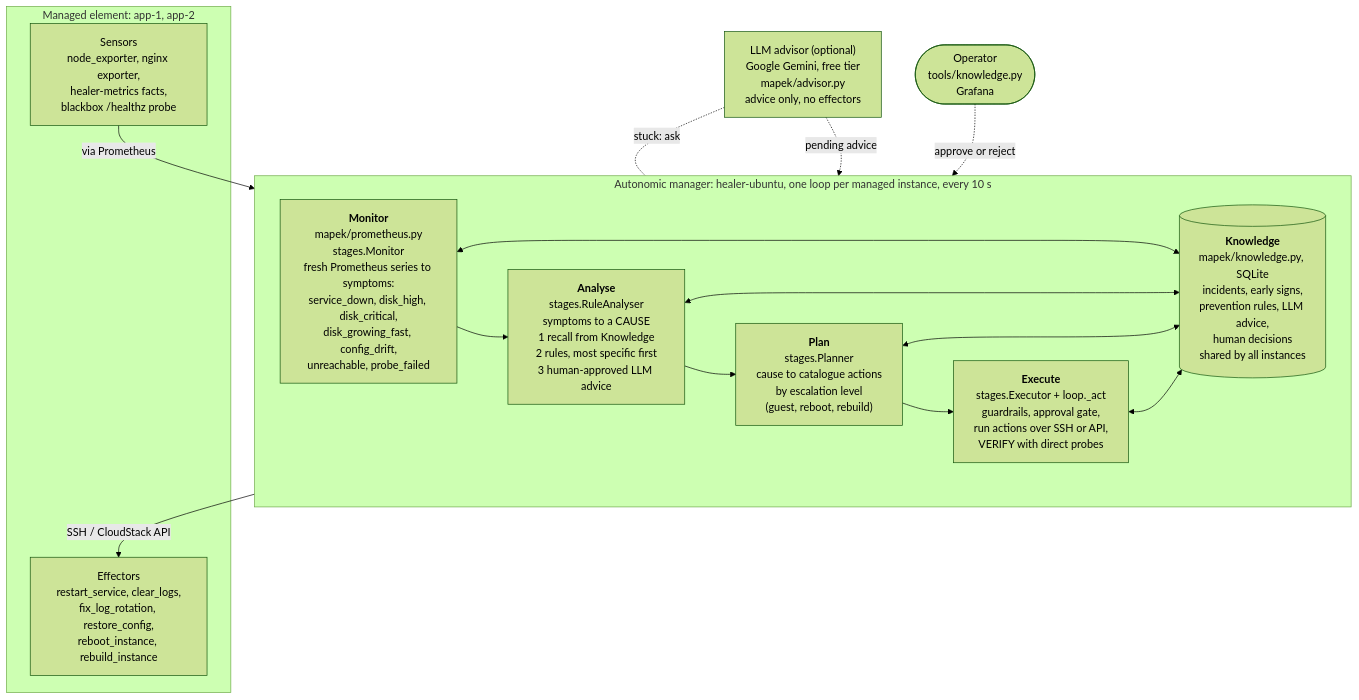
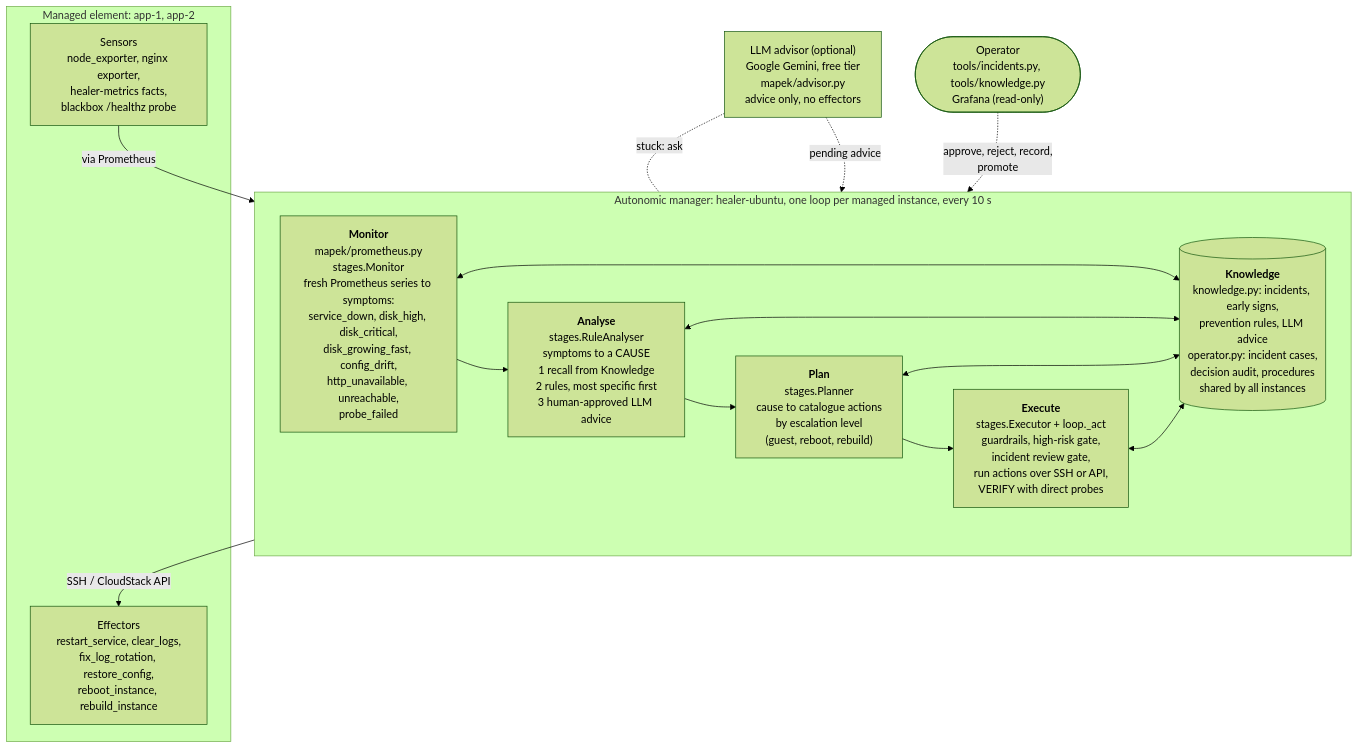
One commit to TusharShingrani/Self-healing-infrastructure changed the third of 11 diagrams in docs/architecture.md. Above: the diagram before and after it, drawn with Mermaid (forest theme). The commit also changed other lines of this file and 11 other files, not shown here.

First line of the commit message:
Bring docs and diagrams in line with the reviewed two-loop setup

````diff
--- a/docs/architecture.md
+++ b/docs/architecture.md
@@ -107,25 +132,25 @@
 ```mermaid
 flowchart TB
     subgraph AM["Autonomic manager: healer-ubuntu, one loop per managed instance, every 10 s"]
         direction LR
-        M["<b>Monitor</b><br/>mapek/prometheus.py<br/>stages.Monitor<br/>fresh Prometheus series to symptoms:<br/>service_down, disk_high, disk_critical,<br/>disk_growing_fast, config_drift,<br/>unreachable, probe_failed"]
+        M["<b>Monitor</b><br/>mapek/prometheus.py<br/>stages.Monitor<br/>fresh Prometheus series to symptoms:<br/>service_down, disk_high, disk_critical,<br/>disk_growing_fast, config_drift,<br/>http_unavailable, unreachable,<br/>probe_failed"]
         A["<b>Analyse</b><br/>stages.RuleAnalyser<br/>symptoms to a CAUSE<br/>1 recall from Knowledge<br/>2 rules, most specific first<br/>3 human-approved LLM advice"]
         P["<b>Plan</b><br/>stages.Planner<br/>cause to catalogue actions<br/>by escalation level<br/>(guest, reboot, rebuild)"]
-        E["<b>Execute</b><br/>stages.Executor + loop._act<br/>guardrails, approval gate,<br/>run actions over SSH or API,<br/>VERIFY with direct probes"]
-        K[("<b>Knowledge</b><br/>mapek/knowledge.py, SQLite<br/>incidents, early signs,<br/>prevention rules, LLM advice,<br/>human decisions<br/>shared by all instances")]
+        E["<b>Execute</b><br/>stages.Executor + loop._act<br/>guardrails, high-risk gate,<br/>incident review gate,<br/>run actions over SSH or API,<br/>VERIFY with direct probes"]
+        K[("<b>Knowledge</b><br/>knowledge.py: incidents, early signs,<br/>prevention rules, LLM advice<br/>operator.py: incident cases,<br/>decision audit, procedures<br/>shared by all instances")]
         M --> A --> P --> E
         M <--> K
         A <--> K
         P <--> K
         E <--> K
     end
     subgraph ME["Managed element: app-1, app-2"]
         S["Sensors<br/>node_exporter, nginx exporter,<br/>healer-metrics facts,<br/>blackbox /healthz probe"]
         EF["Effectors<br/>restart_service, clear_logs,<br/>fix_log_rotation, restore_config,<br/>reboot_instance, rebuild_instance"]
     end
     S -- "via Prometheus" --> M
     E -- "SSH / CloudStack API" --> EF
     ADV["LLM advisor (optional)<br/>Google Gemini, free tier<br/>mapek/advisor.py<br/>advice only, no effectors"] -. "stuck: ask" .- A
     ADV -. "pending advice" .-> K
-    HUM(["Operator<br/>tools/knowledge.py<br/>Grafana"]) -. "approve or reject" .-> K
+    HUM(["Operator<br/>tools/incidents.py, tools/knowledge.py<br/>Grafana (read-only)"]) -. "approve, reject, record,<br/>promote" .-> K
 ```
````
